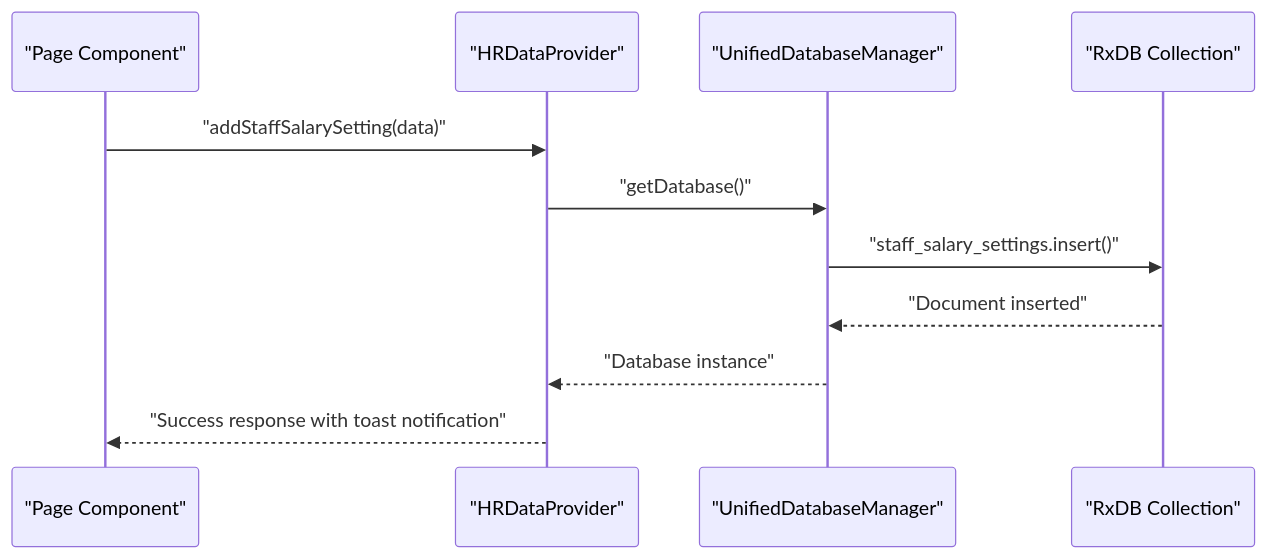
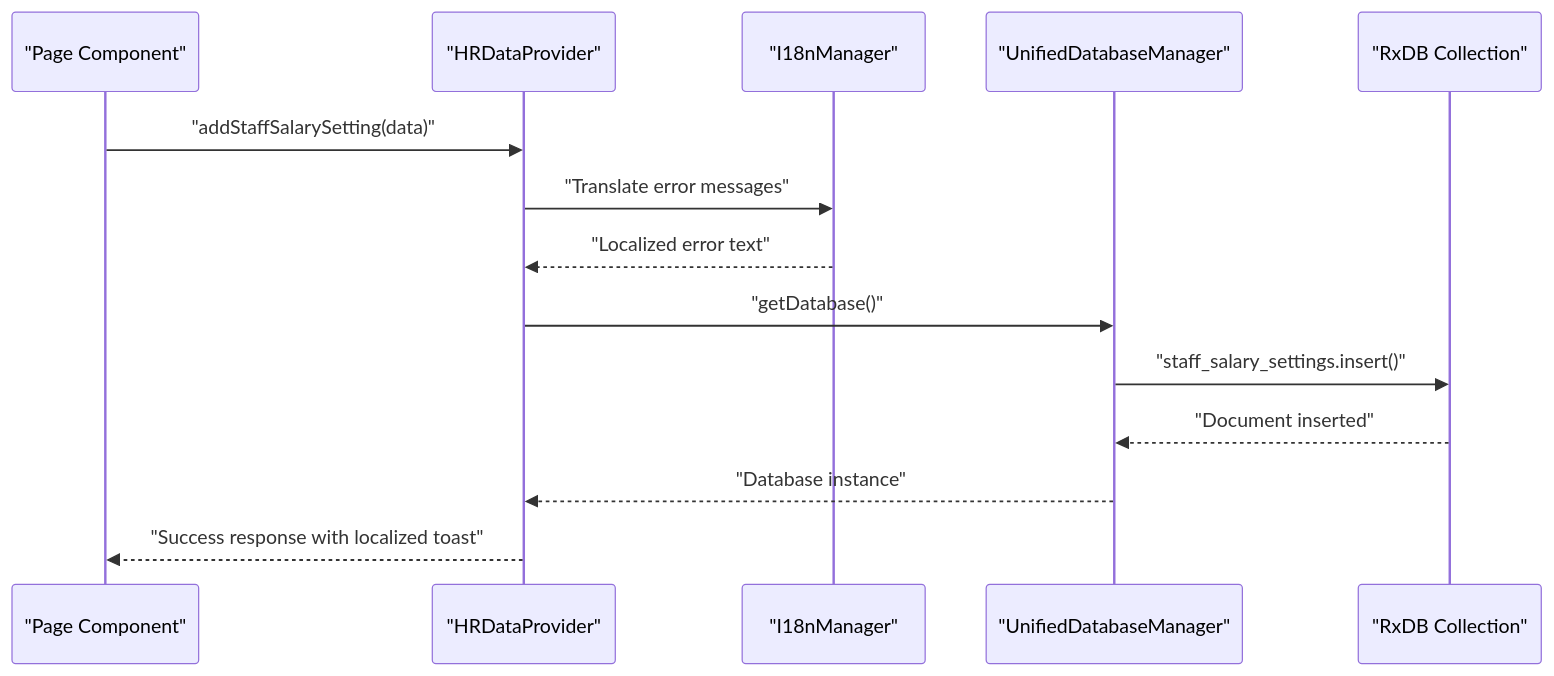
The fourth of 12 diagrams in .qoder/repowiki/en/content/Modules System/HR Module.md (geniusdynamics/schoolpilot), drawn with Mermaid before and after one commit. The commit also changed other lines of this file and 16 other files, not shown here.

````diff
--- a/.qoder/repowiki/en/content/Modules System/HR Module.md
+++ b/.qoder/repowiki/en/content/Modules System/HR Module.md
@@ -146,13 +205,16 @@
 ```mermaid
 sequenceDiagram
 participant UI as "Page Component"
 participant Facade as "HRDataProvider"
+participant I18n as "I18nManager"
 participant DB as "UnifiedDatabaseManager"
 participant Collection as "RxDB Collection"
 UI->>Facade : "addStaffSalarySetting(data)"
+Facade->>I18n : "Translate error messages"
+I18n-->>Facade : "Localized error text"
 Facade->>DB : "getDatabase()"
 DB->>Collection : "staff_salary_settings.insert()"
 Collection-->>DB : "Document inserted"
 DB-->>Facade : "Database instance"
-Facade-->>UI : "Success response with toast notification"
+Facade-->>UI : "Success response with localized toast"
 ```
````
